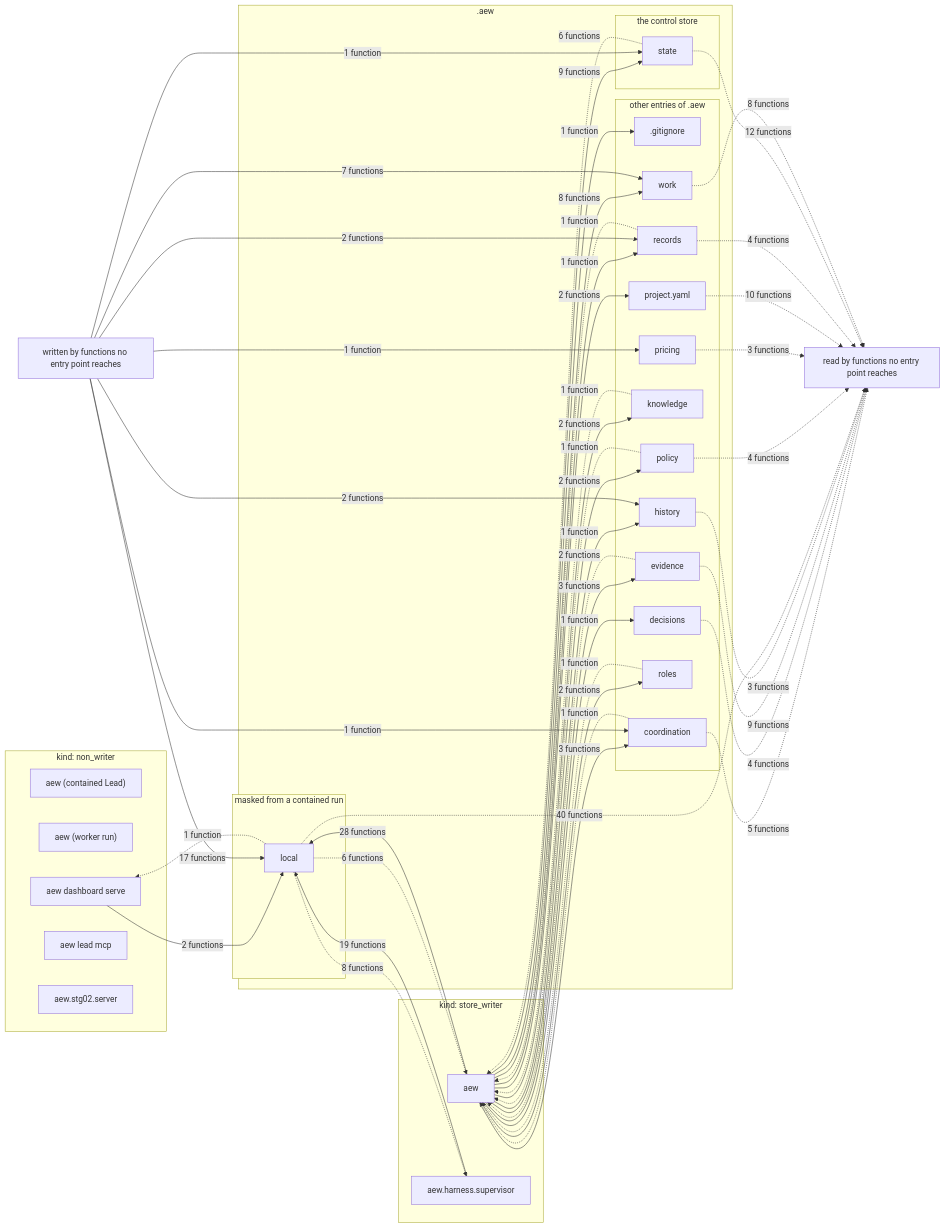
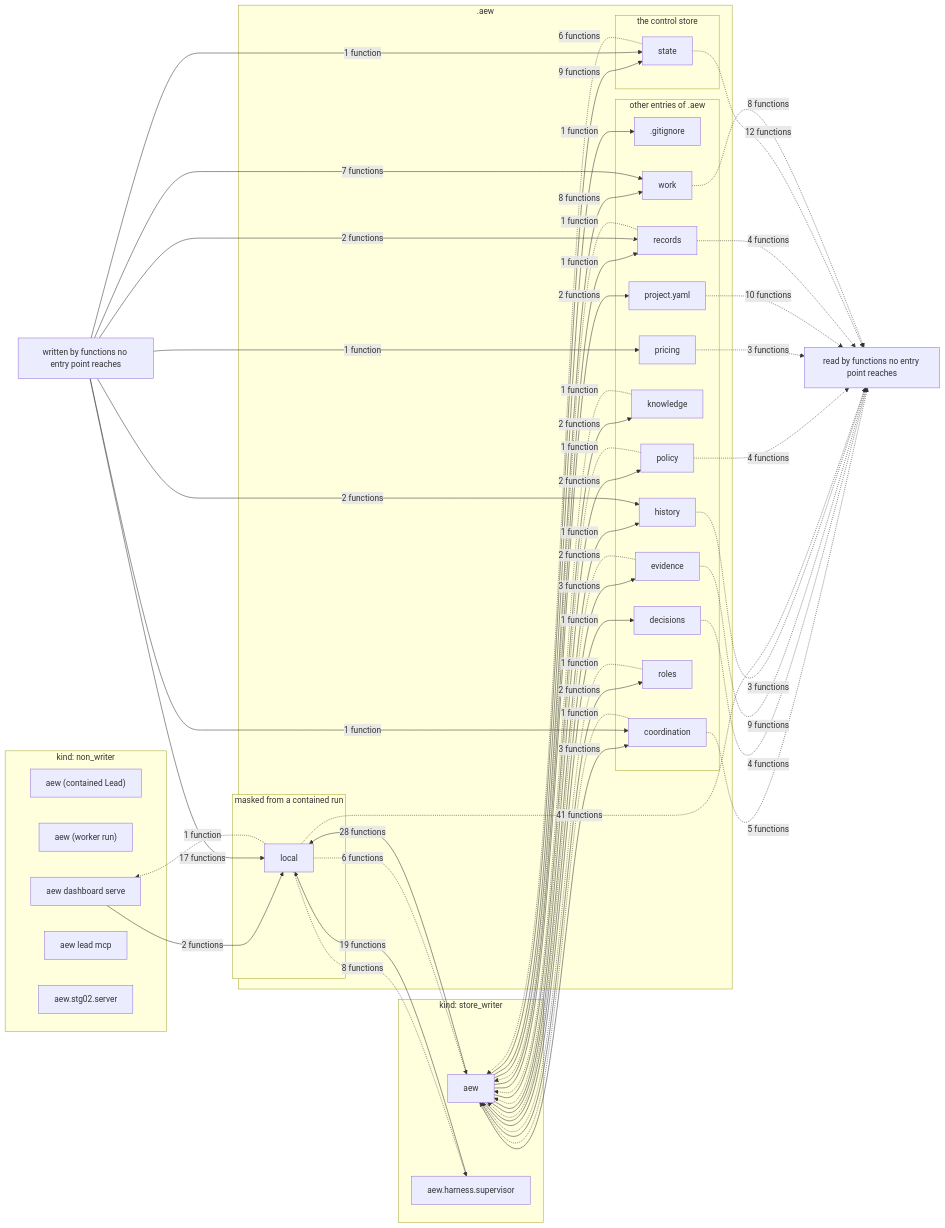
One commit to JonSmithTLT/Agentic-Engineering-Workflow changed the diagram in docs/reference/data-flow.md. Above: the diagram before and after it, drawn with Mermaid. The commit also changed other lines of this file and 6 other files, not shown here.

First line of the commit message:
E118: the Lead's store must be its own regular file; sessions' rules cleared too; the seed's schema check is exact

````diff
--- a/docs/reference/data-flow.md
+++ b/docs/reference/data-flow.md
@@ -5,81 +5,81 @@
 ```mermaid
 flowchart LR
     subgraph kind_non_writer["kind: non_writer"]
         proc_aew_contained_lead["aew (contained Lead)"]
         proc_aew_worker_run["aew (worker run)"]
         proc_aew_dashboard_serve["aew dashboard serve"]
         proc_aew_lead_mcp["aew lead mcp"]
         proc_aew_stg02_server["aew.stg02.server"]
     end
     subgraph kind_store_writer["kind: store_writer"]
         proc_aew["aew"]
         proc_aew_harness_supervisor["aew.harness.supervisor"]
     end
     subgraph aew_dir[".aew"]
         subgraph group_store["the control store"]
             path_state["state"]
         end
         subgraph group_masked["masked from a contained run"]
             path_local["local"]
         end
         subgraph group_other["other entries of .aew"]
             path_gitignore[".gitignore"]
             path_coordination["coordination"]
             path_decisions["decisions"]
             path_evidence["evidence"]
             path_history["history"]
             path_knowledge["knowledge"]
             path_policy["policy"]
             path_pricing["pricing"]
             path_project_yaml["project.yaml"]
             path_records["records"]
             path_roles["roles"]
             path_work["work"]
         end
     end
     no_writer["written by functions no entry point reaches"]
     no_reader["read by functions no entry point reaches"]
     proc_aew -->|"1 function"| path_gitignore
     proc_aew -->|"3 functions"| path_coordination
     proc_aew -->|"1 function"| path_decisions
     proc_aew -->|"3 functions"| path_evidence
     proc_aew -->|"1 function"| path_history
     proc_aew -->|"2 functions"| path_knowledge
     proc_aew -->|"28 functions"| path_local
     proc_aew -->|"2 functions"| path_policy
     proc_aew -->|"2 functions"| path_project_yaml
     proc_aew -->|"1 function"| path_records
     proc_aew -->|"2 functions"| path_roles
     proc_aew -->|"9 functions"| path_state
     proc_aew -->|"8 functions"| path_work
     proc_aew_dashboard_serve -->|"2 functions"| path_local
     proc_aew_harness_supervisor -->|"19 functions"| path_local
     no_writer -->|"1 function"| path_coordination
     no_writer -->|"2 functions"| path_history
     no_writer -->|"17 functions"| path_local
     no_writer -->|"1 function"| path_pricing
     no_writer -->|"2 functions"| path_records
     no_writer -->|"1 function"| path_state
     no_writer -->|"7 functions"| path_work
     path_coordination -.->|"1 function"| proc_aew
     path_evidence -.->|"2 functions"| proc_aew
     path_knowledge -.->|"1 function"| proc_aew
     path_local -.->|"6 functions"| proc_aew
     path_policy -.->|"1 function"| proc_aew
     path_records -.->|"1 function"| proc_aew
     path_roles -.->|"1 function"| proc_aew
     path_state -.->|"6 functions"| proc_aew
     path_local -.->|"1 function"| proc_aew_dashboard_serve
     path_local -.->|"8 functions"| proc_aew_harness_supervisor
     path_coordination -.->|"5 functions"| no_reader
     path_decisions -.->|"4 functions"| no_reader
     path_evidence -.->|"9 functions"| no_reader
     path_history -.->|"3 functions"| no_reader
-    path_local -.->|"40 functions"| no_reader
+    path_local -.->|"41 functions"| no_reader
     path_policy -.->|"4 functions"| no_reader
     path_pricing -.->|"3 functions"| no_reader
     path_project_yaml -.->|"10 functions"| no_reader
     path_records -.->|"4 functions"| no_reader
     path_state -.->|"12 functions"| no_reader
     path_work -.->|"8 functions"| no_reader
 ```
````
